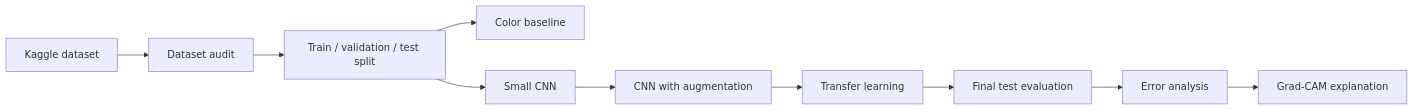
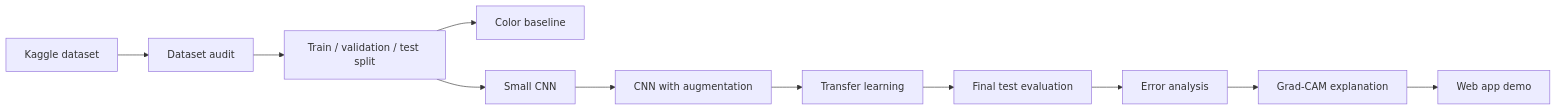
One commit to cepdnaclk/e22-co5430-waste-image-classification changed the diagram in README.md. Above: the diagram before and after it, drawn with Mermaid. The commit also changed other lines of this file and 4 other files, not shown here.

Commit message:
Add Streamlit demo app

````diff
--- a/README.md
+++ b/README.md
@@ -47,12 +47,13 @@
 ```mermaid
 flowchart LR
     A["Kaggle dataset"] --> B["Dataset audit"]
     B --> C["Train / validation / test split"]
     C --> D["Color baseline"]
     C --> E["Small CNN"]
     E --> F["CNN with augmentation"]
     F --> G["Transfer learning"]
     G --> H["Final test evaluation"]
     H --> I["Error analysis"]
     I --> J["Grad-CAM explanation"]
+    J --> K["Web app demo"]
 ```
````
